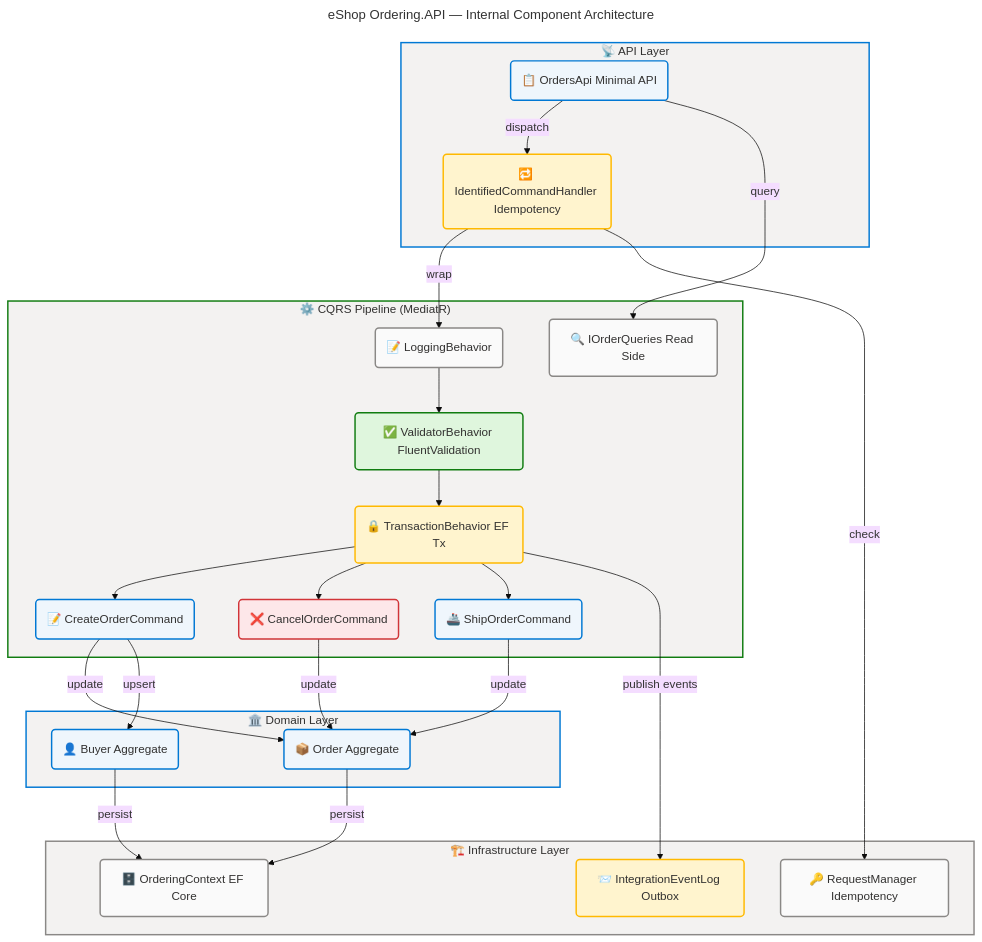
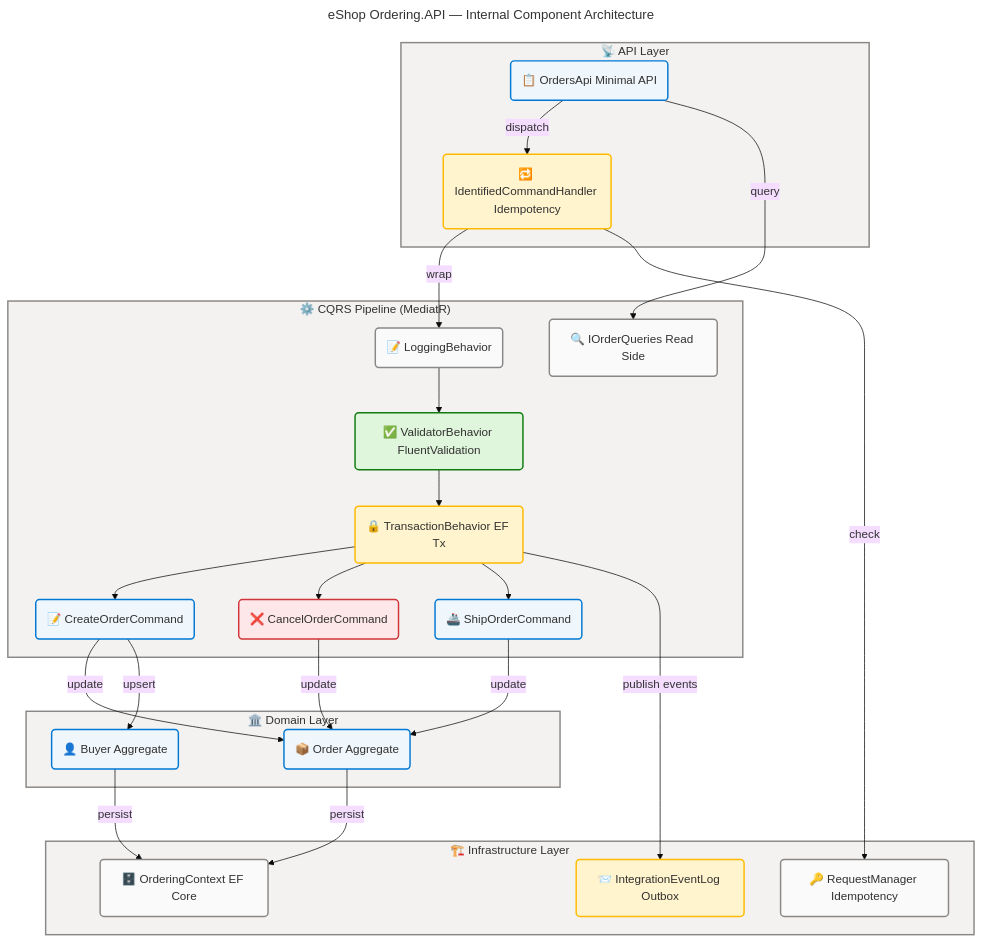
The sixth of 7 diagrams in docs/architecture/application-architecture.md (Evilazaro/eShop), drawn with Mermaid before and after one commit. The commit also changed other lines of this file, not shown here.

Commit message:
refactor: update flowchart governance comments and styling for consistency and accessibility

````diff
--- a/docs/architecture/application-architecture.md
+++ b/docs/architecture/application-architecture.md
@@ -1031,73 +1071,81 @@
 ```mermaid
 ---
 title: eShop Ordering.API — Internal Component Architecture
 config:
   theme: base
   look: classic
   layout: dagre
   themeVariables:
     fontSize: '16px'
   flowchart:
     htmlLabels: true
 ---
 flowchart TB
     accTitle: eShop Ordering API Internal Component Architecture
     accDescr: Shows internal layering of Ordering.API including minimal API, CQRS pipeline, domain, and infrastructure layers
 
+    %% ═══════════════════════════════════════════════════════════════════════════
     %% AZURE / FLUENT ARCHITECTURE PATTERN v2.0
-    %% PHASE 1-5 governance applied
+    %% (Semantic + Structural + Font + Accessibility Governance)
+    %% ═══════════════════════════════════════════════════════════════════════════
+    %% PHASE 1 - FLUENT UI: All styling uses approved Fluent UI palette only
+    %% PHASE 2 - GROUPS: Every subgraph has semantic color via style directive
+    %% PHASE 3 - COMPONENTS: Every node has semantic classDef + icon prefix
+    %% PHASE 4 - ACCESSIBILITY: accTitle/accDescr present, WCAG AA contrast
+    %% PHASE 5 - STANDARD: Governance block present, classDefs centralized
+    %% ═══════════════════════════════════════════════════════════════════════════
 
     subgraph apiLayer["📡 API Layer"]
         ordersApi("📋 OrdersApi Minimal API"):::core
         identifiedHandler("🔁 IdentifiedCommandHandler Idempotency"):::warning
     end
 
     subgraph cqrsLayer["⚙️ CQRS Pipeline (MediatR)"]
         loggingBehavior("📝 LoggingBehavior"):::neutral
         validatorBehavior("✅ ValidatorBehavior FluentValidation"):::success
         transactionBehavior("🔒 TransactionBehavior EF Tx"):::warning
         createOrderCmd("📝 CreateOrderCommand"):::core
         cancelOrderCmd("❌ CancelOrderCommand"):::danger
         shipOrderCmd("🚢 ShipOrderCommand"):::core
         orderQueriesRead("🔍 IOrderQueries Read Side"):::neutral
     end
 
     subgraph domainLayer["🏛️ Domain Layer"]
         orderAggregate("📦 Order Aggregate"):::core
         buyerAggregate("👤 Buyer Aggregate"):::core
     end
 
     subgraph infraLayer["🏗️ Infrastructure Layer"]
         orderingContext("🗄️ OrderingContext EF Core"):::neutral
         integrationLog("📨 IntegrationEventLog Outbox"):::warning
         requestManager("🔑 RequestManager Idempotency"):::neutral
     end
 
     ordersApi -->|dispatch| identifiedHandler
     identifiedHandler -->|wrap| loggingBehavior
     loggingBehavior --> validatorBehavior
     validatorBehavior --> transactionBehavior
     transactionBehavior --> createOrderCmd
     transactionBehavior --> cancelOrderCmd
     transactionBehavior --> shipOrderCmd
     ordersApi -->|query| orderQueriesRead
     createOrderCmd -->|update| orderAggregate
     cancelOrderCmd -->|update| orderAggregate
     shipOrderCmd -->|update| orderAggregate
     createOrderCmd -->|upsert| buyerAggregate
     orderAggregate -->|persist| orderingContext
     buyerAggregate -->|persist| orderingContext
     transactionBehavior -->|publish events| integrationLog
     identifiedHandler -->|check| requestManager
 
     classDef neutral fill:#FAFAFA,stroke:#8A8886,stroke-width:2px,color:#323130
     classDef core fill:#EFF6FC,stroke:#0078D4,stroke-width:2px,color:#323130
     classDef success fill:#DFF6DD,stroke:#107C10,stroke-width:2px,color:#323130
     classDef warning fill:#FFF4CE,stroke:#FFB900,stroke-width:2px,color:#323130
     classDef danger fill:#FDE7E9,stroke:#D13438,stroke-width:2px,color:#323130
 
-    style apiLayer fill:#F3F2F1,stroke:#0078D4,stroke-width:2px,color:#323130
-    style cqrsLayer fill:#F3F2F1,stroke:#107C10,stroke-width:2px,color:#323130
-    style domainLayer fill:#F3F2F1,stroke:#0078D4,stroke-width:2px,color:#323130
+    style apiLayer fill:#F3F2F1,stroke:#8A8886,stroke-width:2px,color:#323130
+    style cqrsLayer fill:#F3F2F1,stroke:#8A8886,stroke-width:2px,color:#323130
+    style domainLayer fill:#F3F2F1,stroke:#8A8886,stroke-width:2px,color:#323130
     style infraLayer fill:#F3F2F1,stroke:#8A8886,stroke-width:2px,color:#323130
 ```
````
